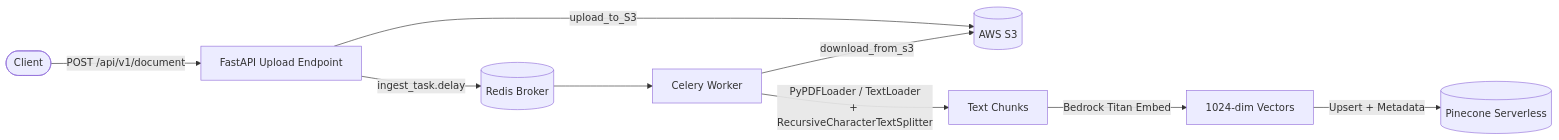
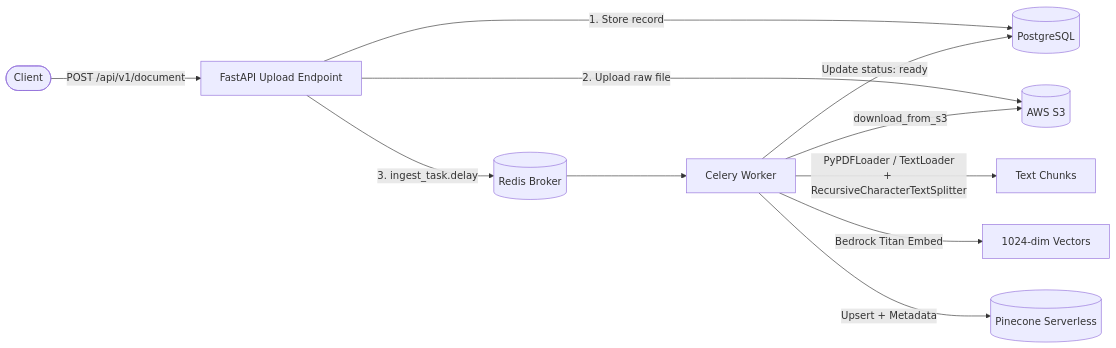
One commit to LokeshSingh07/DocSage-RAG-System changed the first of 2 diagrams in README.md. Above: the diagram before and after it, drawn with Mermaid. The commit also changed other lines of this file, not shown here.

Commit message:
docs: update README to enhance clarity and detail on system architecture and features

````diff
--- a/README.md
+++ b/README.md
@@ -10,11 +12,13 @@
 ```mermaid
 flowchart LR
     Client([Client]) -->|POST /api/v1/document| API[FastAPI Upload Endpoint]
-    API -->|upload_to_S3| S3[(AWS S3)]
-    API -->|ingest_task.delay| Redis[(Redis Broker)]
+    API -->|1. Store record| DB[(PostgreSQL)]
+    API -->|2. Upload raw file| S3[(AWS S3)]
+    API -->|3. ingest_task.delay| Redis[(Redis Broker)]
     Redis --> Worker[Celery Worker]
     Worker -->|download_from_s3| S3
     Worker -->|PyPDFLoader / TextLoader\n+ RecursiveCharacterTextSplitter| Chunks[Text Chunks]
-    Chunks -->|Bedrock Titan Embed| Embeddings[1024-dim Vectors]
-    Embeddings -->|Upsert + Metadata| Pinecone[(Pinecone Serverless)]
+    Worker -->|Bedrock Titan Embed| Embeddings[1024-dim Vectors]
+    Worker -->|Upsert + Metadata| Pinecone[(Pinecone Serverless)]
+    Worker -->|Update status: ready| DB
 ```
````
